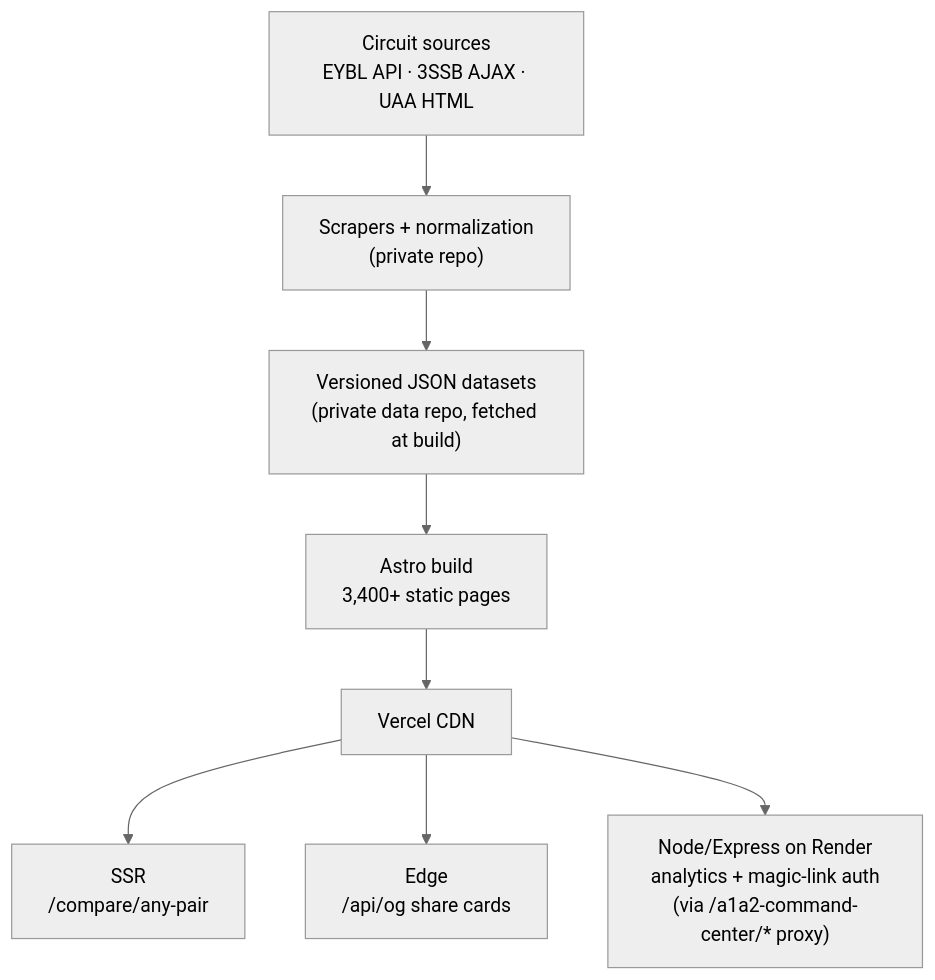
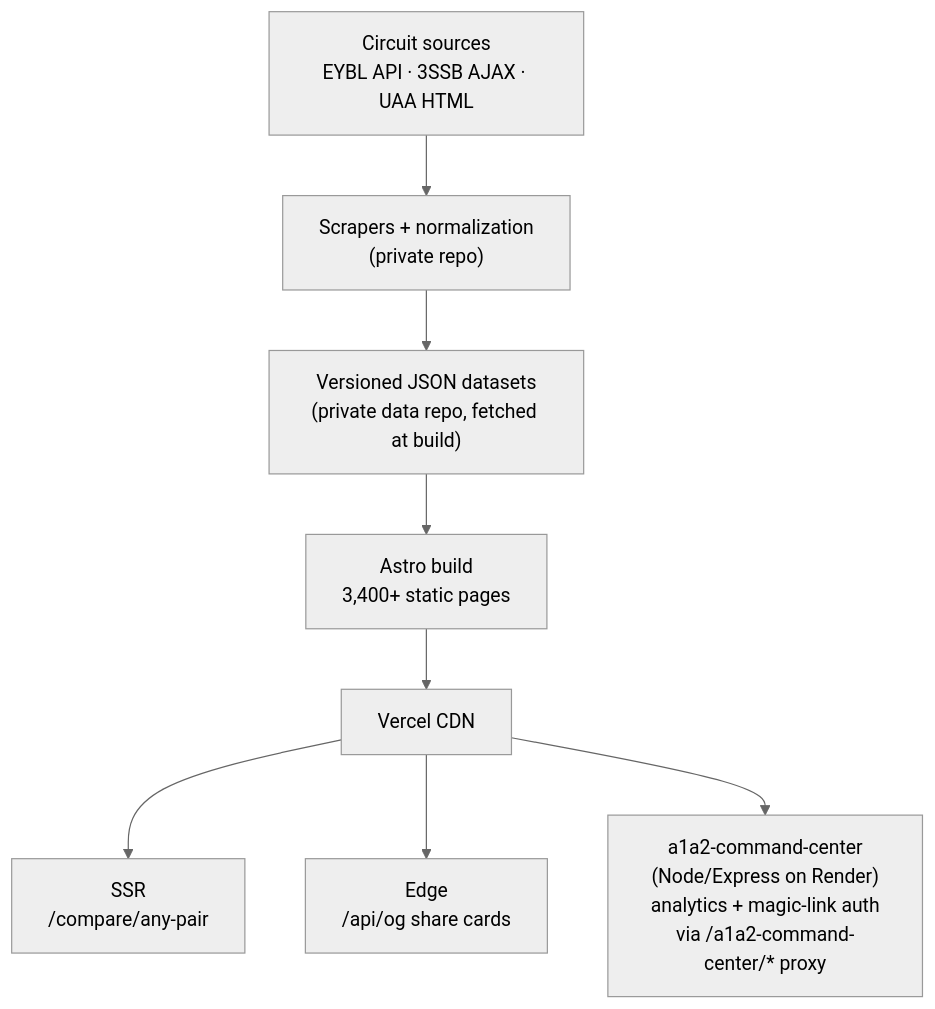
Before and after one commit to EF08/circuitstats-astro: the diagram in README.md, drawn with Mermaid (neutral theme).

Commit message:
Name a1a2-command-center backend in architecture diagram
Claude-Session: https://claude.ai/code/session_01QCcpWo1fyXRGZitR84TNph

````diff
--- a/README.md
+++ b/README.md
@@ -18,10 +18,10 @@
 ```mermaid
 flowchart TD
     A["Circuit sources<br/>EYBL API · 3SSB AJAX · UAA HTML"] --> B["Scrapers + normalization<br/>(private repo)"]
     B --> C["Versioned JSON datasets<br/>(private data repo, fetched at build)"]
     C --> D["Astro build<br/>3,400+ static pages"]
     D --> E["Vercel CDN"]
     E --> F["SSR<br/>/compare/any-pair"]
     E --> G["Edge<br/>/api/og share cards"]
-    E --> H["Node/Express on Render<br/>analytics + magic-link auth<br/>(via /a1a2-command-center/* proxy)"]
+    E --> H["a1a2-command-center<br/>(Node/Express on Render)<br/>analytics + magic-link auth<br/>via /a1a2-command-center/* proxy"]
 ```
````
